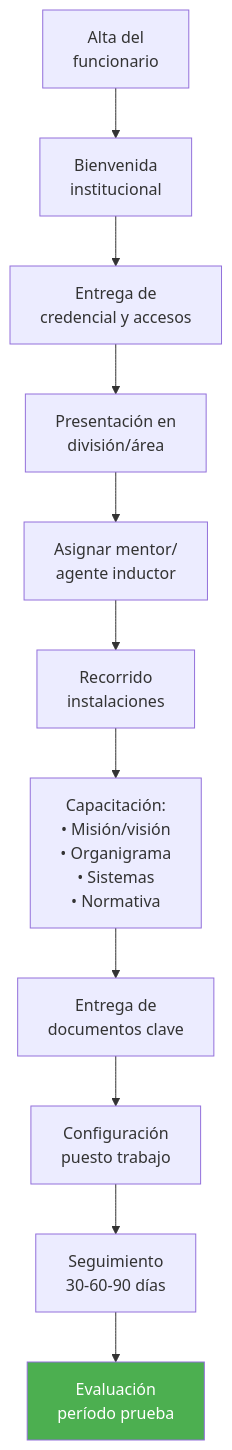
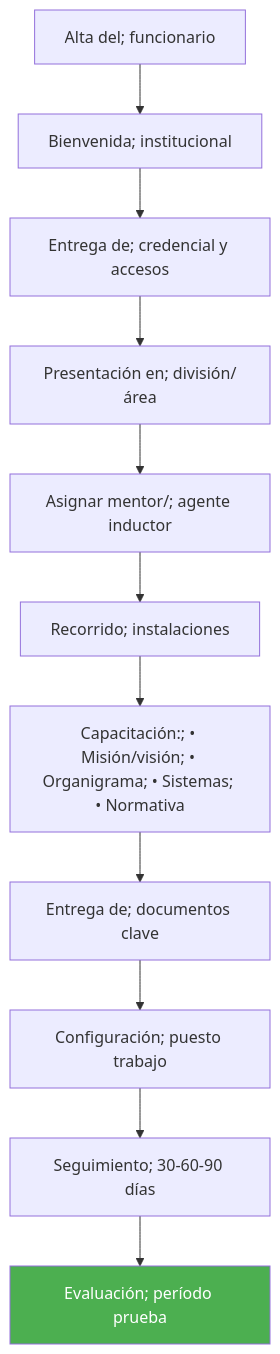
Before and after one commit to felix-antonio-sl/kora: the third of 9 diagrams in drafts/gn/bpmn/bpmn-d07-rrhh.md, drawn with Mermaid. The commit also changed other lines of this file and 265 other files, not shown here.

````diff
--- a/drafts/gn/bpmn/bpmn-d07-rrhh.md
+++ b/drafts/gn/bpmn/bpmn-d07-rrhh.md
@@ -137,14 +148,15 @@
 ```mermaid
 flowchart TD
-    A["Alta del<br/>funcionario"] --> B["Bienvenida<br/>institucional"]
-    B --> C["Entrega de<br/>credencial y accesos"]
-    C --> D["Presentación en<br/>división/área"]
-    D --> E["Asignar mentor/<br/>agente inductor"]
-    E --> F["Recorrido<br/>instalaciones"]
-    F --> G["Capacitación:<br/>• Misión/visión<br/>• Organigrama<br/>• Sistemas<br/>• Normativa"]
-    G --> H["Entrega de<br/>documentos clave"]
-    H --> I["Configuración<br/>puesto trabajo"]
-    I --> J["Seguimiento<br/>30-60-90 días"]
-    J --> K["Evaluación<br/>período prueba"]
-    style K fill:#4CAF50,color:#fff
+ A["Alta del; funcionario"] --> B["Bienvenida; institucional"]
+ B --> C["Entrega de; credencial y accesos"]
+ C --> D["Presentación en; división/área"]
+ D --> E["Asignar mentor/; agente inductor"]
+ E --> F["Recorrido; instalaciones"]
+ F --> G["Capacitación:; • Misión/visión; • Organigrama; • Sistemas; • Normativa"]
+ G --> H["Entrega de; documentos clave"]
+ H --> I["Configuración; puesto trabajo"]
+ I --> J["Seguimiento; 30-60-90 días"]
+ J --> K["Evaluación; período prueba"]
+
+ style K fill:#4CAF50,color:#fff
 ```
````
